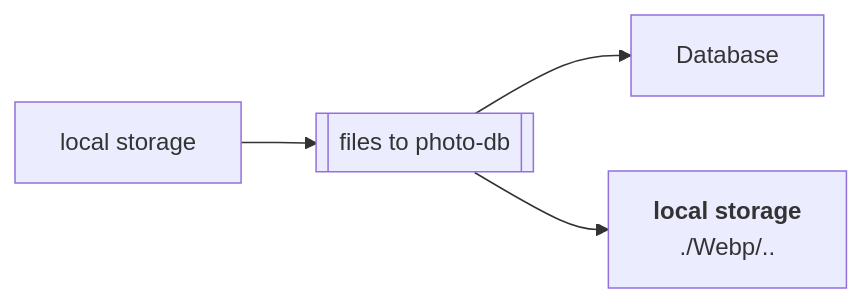
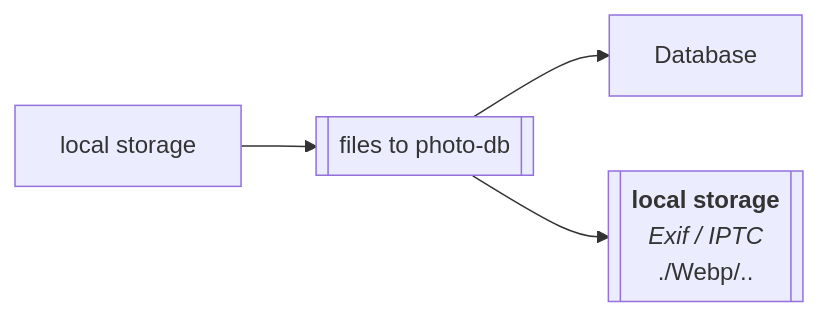
Before and after one commit to Zheng-Bote/qt_files_photo-gallery: the fifth of 6 diagrams in README.md, drawn with Mermaid.

Commit message:
upd: Mermaid

````diff
--- a/README.md
+++ b/README.md
@@ -421,7 +421,8 @@
 ```mermaid
 flowchart LR;
   A[local storage] --> B[[files to photo-db]]
   B --> C[Database]
-  B --> D["`**local storage**
-  ./Webp/..`"]
+  B --> E[["`**local storage**
+  _Exif / IPTC_
+  ./Webp/..`"]]
 ```
````
